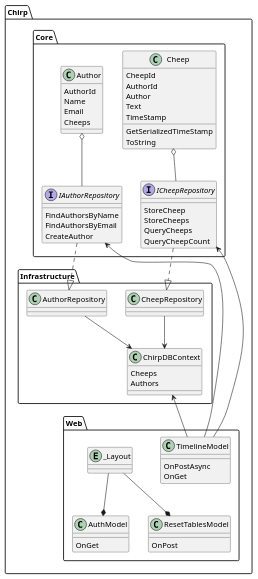
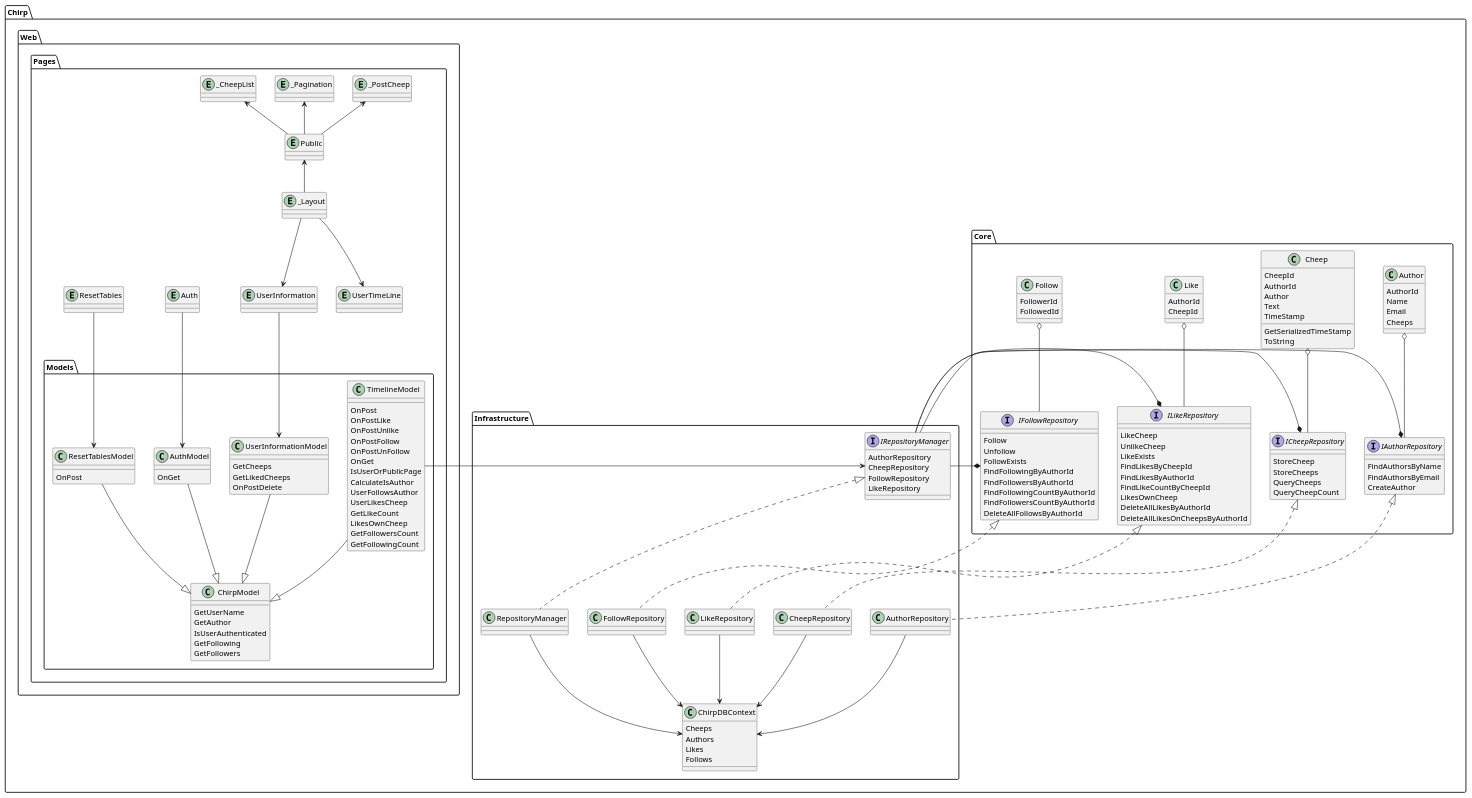
Before and after one commit to ITU-BDSA23-GROUP3/Chirp: the diagram in diagrams/chirp.puml, drawn with PlantUML. The commit also changed 1 other file, not shown here.

```diff
--- a/diagrams/chirp.puml
+++ b/diagrams/chirp.puml
@@ -1,79 +1,198 @@
-@startuml
-package Chirp.Core {
-    interface IAuthorRepository {
-        {method} FindAuthorsByName
-        {method} FindAuthorsByEmail
-        {method} CreateAuthor
+@startuml uml
+package Chirp {
+    package Chirp.Core {
+        interface IAuthorRepository {
+            {method} FindAuthorsByName
+            {method} FindAuthorsByEmail
+            {method} CreateAuthor
+            
+        }
+        interface ICheepRepository {
+            {method} StoreCheep
+            {method} StoreCheeps
+            {method} QueryCheeps
+            {method} QueryCheepCount
+        }
+    
+        interface IFollowRepository {
+            {method} Follow
+            {method} Unfollow
+            {method} FollowExists
+            {method} FindFollowingByAuthorId
+            {method} FindFollowersByAuthorId
+            {method} FindFollowingCountByAuthorId
+            {method} FindFollowersCountByAuthorId
+            {method} DeleteAllFollowsByAuthorId
+        }
+
+        interface ILikeRepository{
+            {method} LikeCheep
+            {method} UnlikeCheep
+            {method} LikeExists
+            {method} FindLikesByCheepId
+            {method} FindLikesByAuthorId
+            {method} FindLikeCountByCheepId
+            {method} LikesOwnCheep
+            {method} DeleteAllLikesByAuthorId
+            {method} DeleteAllLikesOnCheepsByAuthorId
+        }
+
+        class Author
+        {
+            AuthorId
+            Name
+            Email
+            Cheeps
+        }
         
-    }
-    interface ICheepRepository {
-        {method} StoreCheep
-        {method} StoreCheeps
-        {method} QueryCheeps
-        {method} QueryCheepCount
-    }
-    class Author
-    {
-        AuthorId
-        Name
-        Email
-        Cheeps
-    }
-    
-    class Cheep
-    {
-        CheepId
-        AuthorId
-        Author
-        Text
-        TimeStamp
-        {method}GetSerializedTimeStamp
-        {method}ToString
-    }
-    Author o-- IAuthorRepository
-    Cheep o-- ICheepRepository
-}
+        class Cheep
+        {
+            CheepId
+            AuthorId
+            Author
+            Text
+            TimeStamp
+            {method}GetSerializedTimeStamp
+            {method}ToString
+        }
 
-package Chirp.Infrastructure {
-    class AuthorRepository {
-    }
-    
-    class CheepRepository {
-    }
-    
-    class ChirpDBContext{
-        Cheeps
-        Authors
+        class Like {
+            AuthorId
+            CheepId
+        }
+
+        class Follow{
+            FollowerId
+            FollowedId
+        }
+
+        Author o-- IAuthorRepository
+        Cheep o-- ICheepRepository
+        Follow o-- IFollowRepository
+        Like o-- ILikeRepository
     }
 
-    IAuthorRepository ..|> AuthorRepository
-    ICheepRepository ..|> CheepRepository
-    AuthorRepository --> ChirpDBContext
-    CheepRepository --> ChirpDBContext
-}
+    package Chirp.Infrastructure {
+        interface IRepositoryManager{
+            AuthorRepository
+            CheepRepository
+            FollowRepository
+            LikeRepository
+        }
 
-package Chirp.Web {
-    
-    class TimelineModel {
-        {method} OnPostAsync
-        {method} OnGet
+        class RepositoryManager{
+        }
+
+        class AuthorRepository {
+        }
+        
+        class CheepRepository {
+        }
+
+        class FollowRepository{
+        }
+
+        class LikeRepository{
+        }
+
+        class ChirpDBContext{
+            Cheeps
+            Authors
+            Likes
+            Follows
+        }
+
+        IAuthorRepository <|.. AuthorRepository
+        ICheepRepository <|.. CheepRepository
+        IFollowRepository <|.. FollowRepository 
+        ILikeRepository <|.. LikeRepository 
+        IRepositoryManager <|.. RepositoryManager
+
+        AuthorRepository --> ChirpDBContext
+        CheepRepository --> ChirpDBContext
+        LikeRepository --> ChirpDBContext
+        FollowRepository --> ChirpDBContext
+
+        IRepositoryManager --* IAuthorRepository
+        IRepositoryManager --* ICheepRepository
+        IRepositoryManager --* IFollowRepository
+        IRepositoryManager --* ILikeRepository
+
+        RepositoryManager --> ChirpDBContext
     }
-    
-    class AuthModel {
-        {method} OnGet
+
+    package Chirp.Web {
+        package Chirp.Web.Pages {
+            package Chirp.Web.Pages.Models{
+                class ChirpModel {
+                    {method} GetUserName
+                    {method} GetAuthor
+                    {method} IsUserAuthenticated
+                    {method} GetFollowing
+                    {method} GetFollowers
+                }
+
+                class TimelineModel {
+                    {method} OnPost
+                    {method} OnPostLike
+                    {method} OnPostUnlike
+                    {method} OnPostFollow
+                    {method} OnPostUnFollow
+                    {method} OnGet
+                    {method} IsUserOrPublicPage
+                    {method} CalculateIsAuthor
+                    {method} UserFollowsAuthor
+                    {method} UserLikesCheep
+                    {method} GetLikeCount
+                    {method} LikesOwnCheep
+                    {method} GetFollowersCount
+                    {method} GetFollowingCount
+                }
+
+                class AuthModel {
+                    {method} OnGet
+                }
+
+                class ResetTablesModel{
+                    {method} OnPost
+                }
+
+                class UserInformationModel{
+                    {method} GetCheeps
+                    {method} GetLikedCheeps
+                    {method} OnPostDelete
+                }
+
+
+                TimelineModel --|> ChirpModel
+                AuthModel --|> ChirpModel
+                ResetTablesModel --|> ChirpModel
+                UserInformationModel --|> ChirpModel
+                TimelineModel -left-> IRepositoryManager
+            }
+            entity Auth{}
+            entity Public{}
+            entity ResetTables{}
+            entity UserInformation{}
+            entity UserTimeLine{}
+            entity _CheepList{}
+            entity _Layout{}
+            entity _Pagination{}
+            entity _PostCheep{}
+
+            Auth --> AuthModel
+            ResetTables --> ResetTablesModel
+            UserInformation --> UserInformationModel
+
+            _Layout -up-> Public
+            _Layout --> UserInformation
+            _Layout --> UserTimeLine
+            Public -up-> _CheepList
+            Public -up-> _Pagination
+            Public -up-> _PostCheep
+
+        }
+
     }
-    
-    class ResetTablesModel{
-        {method} OnPost
-    }
-    
-    entity _Layout{}
-    
-    TimelineModel -up-> ICheepRepository
-    TimelineModel -up-> IAuthorRepository
-    TimelineModel -up-> ChirpDBContext
-    _Layout --* AuthModel
-    _Layout --* ResetTablesModel
-    
 }
 @enduml
```
